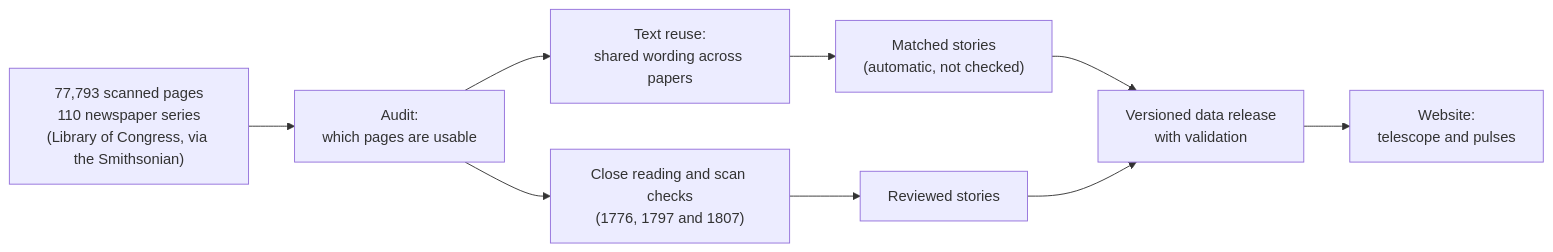
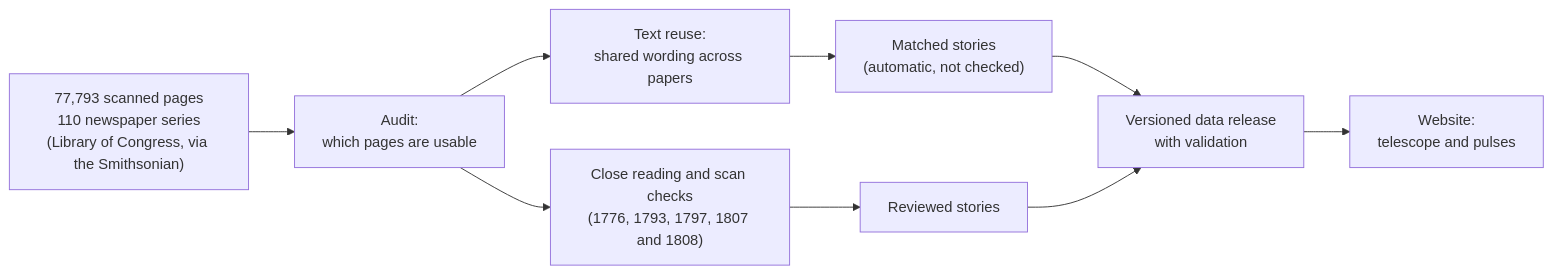
Before and after one commit to Major-Studio-1/Project-02-newspaper-night-sky: the diagram in README.md, drawn with Mermaid. The commit also changed other lines of this file and 634 other files, not shown here.

````diff
--- a/README.md
+++ b/README.md
@@ -39,10 +39,10 @@
 ```mermaid
 flowchart LR
   A["77,793 scanned pages<br/>110 newspaper series<br/>(Library of Congress, via the Smithsonian)"] --> B["Audit:<br/>which pages are usable"]
   B --> C["Text reuse:<br/>shared wording across papers"]
   C --> D["Matched stories<br/>(automatic, not checked)"]
-  B --> E["Close reading and scan checks<br/>(1776, 1797 and 1807)"]
+  B --> E["Close reading and scan checks<br/>(1776, 1793, 1797, 1807 and 1808)"]
   E --> F["Reviewed stories"]
   D & F --> G["Versioned data release<br/>with validation"]
   G --> H["Website:<br/>telescope and pulses"]
 ```
````
